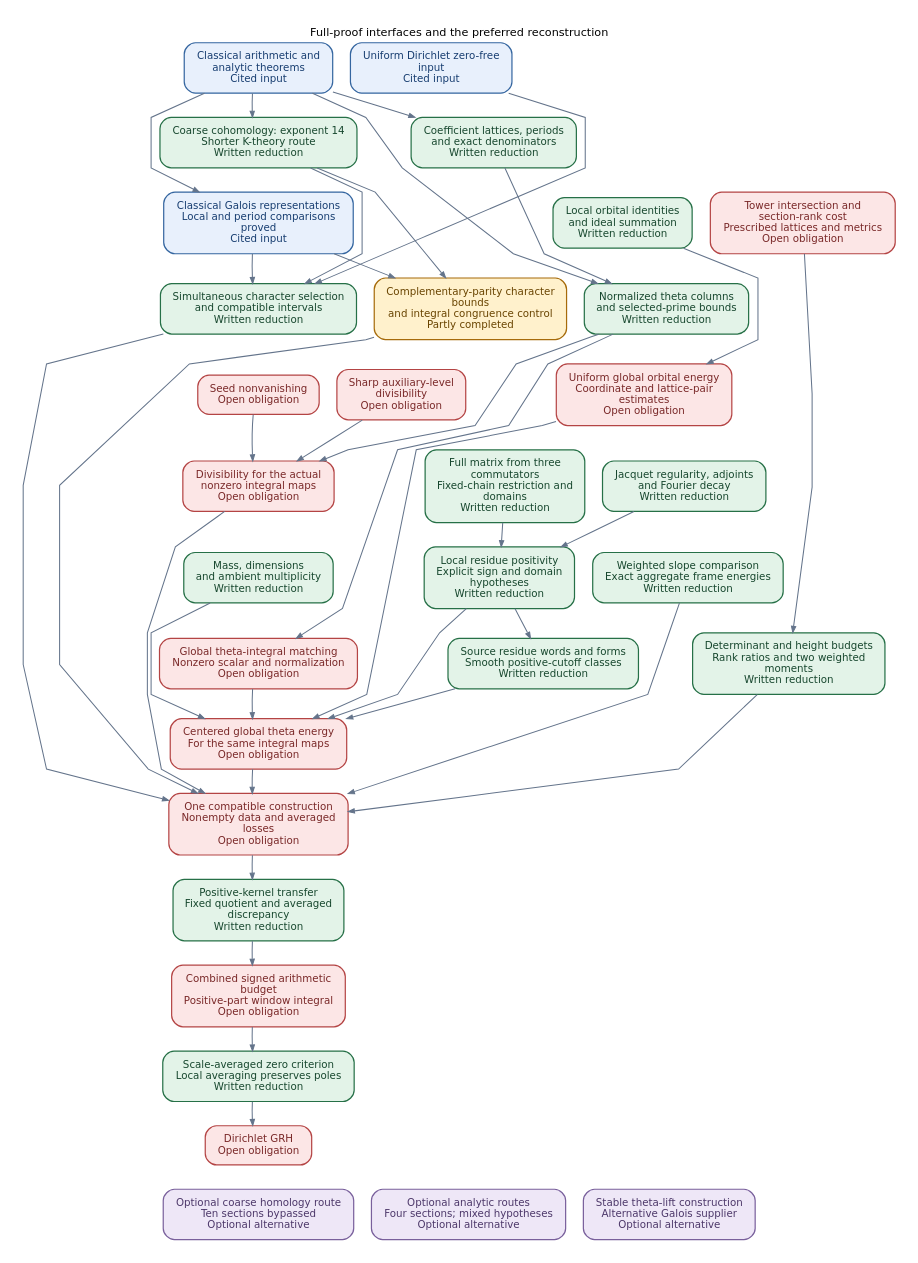
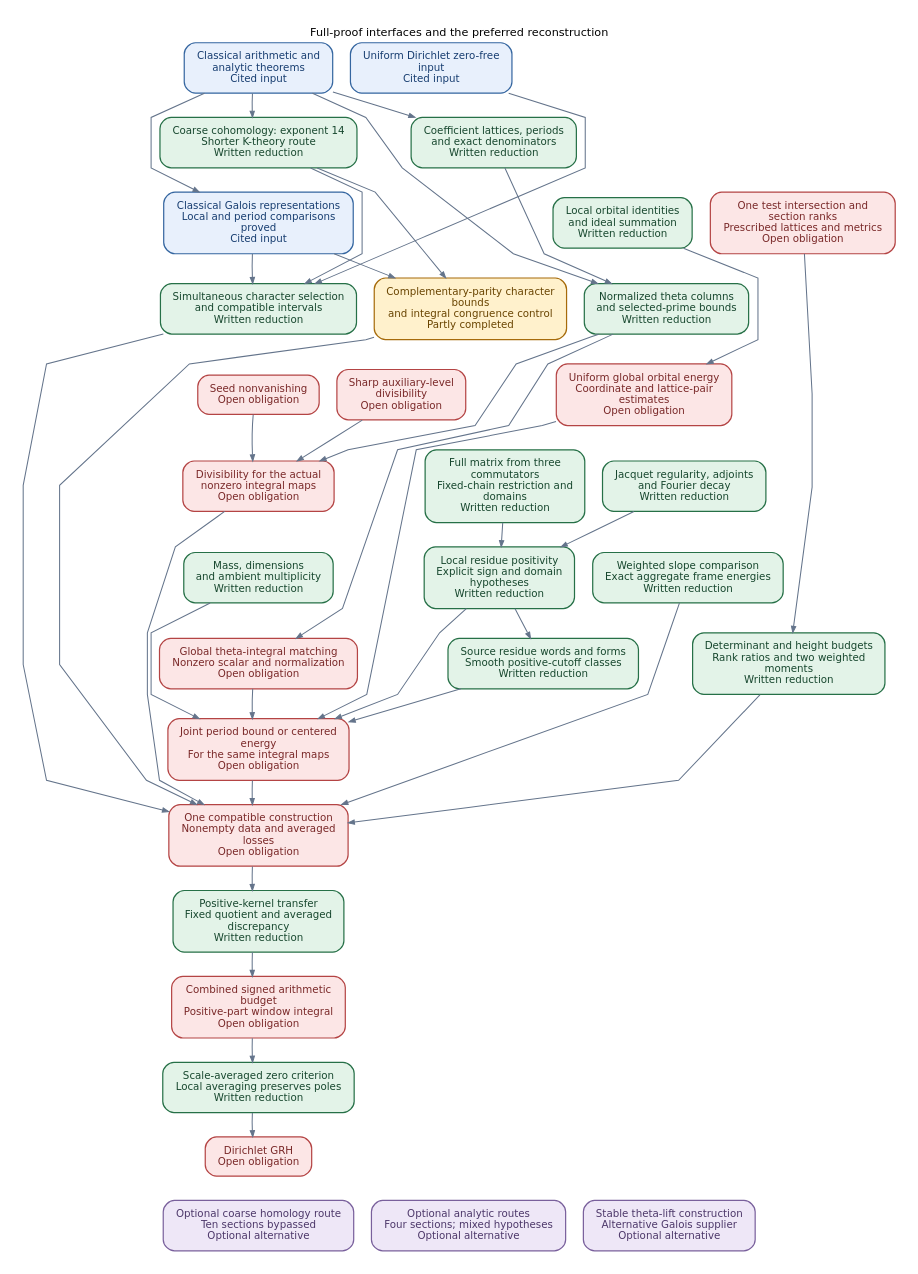
One commit to JoseBrox/GRH_distillation changed the diagram in blueprint/technical.dot. Above: the diagram before and after it, drawn with Graphviz. The commit also changed 73 other files, not shown here.

```diff
--- a/blueprint/technical.dot
+++ b/blueprint/technical.dot
@@ -1,119 +1,119 @@
 digraph proof {
 graph [rankdir=TB, bgcolor="white", pad="0.24", nodesep="0.30", ranksep="0.48",
   fontname="DejaVu Sans", fontsize=12, labelloc=t, label="Full-proof interfaces and the preferred reconstruction", splines=polyline];
 node [shape=box, style="rounded,filled", fontname="DejaVu Sans", fontsize=11,
   margin="0.18,0.12", penwidth=1.3];
 edge [color="#64748B", penwidth=1.1, arrowsize=0.65];
 graph [nodesep="0.26", ranksep="0.36"];
 "qrh" [label="Uniform Dirichlet zero-free\ninput\nCited input", fillcolor="#E8F0FC", color="#3566A0", fontcolor="#173D70"];
 "classical" [label="Classical arithmetic and\nanalytic theorems\nCited input", fillcolor="#E8F0FC", color="#3566A0", fontcolor="#173D70"];
 "selection" [label="Simultaneous character selection\nand compatible intervals\nWritten reduction", fillcolor="#E3F3E8", color="#267047", fontcolor="#17472E"];
 "coarse" [label="Coarse cohomology: exponent 14\nShorter K-theory route\nWritten reduction", fillcolor="#E3F3E8", color="#267047", fontcolor="#17472E"];
 "refined" [label="Complementary-parity character\nbounds\nand integral congruence control\nPartly completed", fillcolor="#FFF1CC", color="#A66B0B", fontcolor="#694400"];
 "coefficients" [label="Coefficient lattices, periods\nand exact denominators\nWritten reduction", fillcolor="#E3F3E8", color="#267047", fontcolor="#17472E"];
 "theta" [label="Normalized theta columns\nand selected-prime bounds\nWritten reduction", fillcolor="#E3F3E8", color="#267047", fontcolor="#17472E"];
 "seed" [label="Seed nonvanishing\nOpen obligation", fillcolor="#FCE6E6", color="#B44444", fontcolor="#792828"];
 "level" [label="Sharp auxiliary-level\ndivisibility\nOpen obligation", fillcolor="#FCE6E6", color="#B44444", fontcolor="#792828"];
 "divisibility" [label="Divisibility for the actual\nnonzero integral maps\nOpen obligation", fillcolor="#FCE6E6", color="#B44444", fontcolor="#792828"];
 "local_orbits" [label="Local orbital identities\nand ideal summation\nWritten reduction", fillcolor="#E3F3E8", color="#267047", fontcolor="#17472E"];
 "global_orbits" [label="Uniform global orbital energy\nCoordinate and lattice-pair\nestimates\nOpen obligation", fillcolor="#FCE6E6", color="#B44444", fontcolor="#792828"];
 "dimensions" [label="Mass, dimensions\nand ambient multiplicity\nWritten reduction", fillcolor="#E3F3E8", color="#267047", fontcolor="#17472E"];
 "matrix" [label="Full matrix from three\ncommutators\nFixed-chain restriction and\ndomains\nWritten reduction", fillcolor="#E3F3E8", color="#267047", fontcolor="#17472E"];
 "jacquet" [label="Jacquet regularity, adjoints\nand Fourier decay\nWritten reduction", fillcolor="#E3F3E8", color="#267047", fontcolor="#17472E"];
 "residue" [label="Local residue positivity\nExplicit sign and domain\nhypotheses\nWritten reduction", fillcolor="#E3F3E8", color="#267047", fontcolor="#17472E"];
-"norms" [label="Centered global theta energy\nFor the same integral maps\nOpen obligation", fillcolor="#FCE6E6", color="#B44444", fontcolor="#792828"];
+"norms" [label="Joint period bound or centered\nenergy\nFor the same integral maps\nOpen obligation", fillcolor="#FCE6E6", color="#B44444", fontcolor="#792828"];
 "slope" [label="Weighted slope comparison\nExact aggregate frame energies\nWritten reduction", fillcolor="#E3F3E8", color="#267047", fontcolor="#17472E"];
 "compatible" [label="One compatible construction\nNonempty data and averaged\nlosses\nOpen obligation", fillcolor="#FCE6E6", color="#B44444", fontcolor="#792828"];
 "bound" [label="Combined signed arithmetic\nbudget\nPositive-part window integral\nOpen obligation", fillcolor="#FCE6E6", color="#B44444", fontcolor="#792828"];
 "criterion" [label="Scale-averaged zero criterion\nLocal averaging preserves poles\nWritten reduction", fillcolor="#E3F3E8", color="#267047", fontcolor="#17472E"];
 "grh" [label="Dirichlet GRH\nOpen obligation", fillcolor="#FCE6E6", color="#B44444", fontcolor="#792828"];
 "alt_homology" [label="Optional coarse homology route\nTen sections bypassed\nOptional alternative", fillcolor="#EEE7F7", color="#79609C", fontcolor="#4C3769"];
 "alt_analytic" [label="Optional analytic routes\nFour sections; mixed hypotheses\nOptional alternative", fillcolor="#EEE7F7", color="#79609C", fontcolor="#4C3769"];
 "galois" [label="Classical Galois representations\nLocal and period comparisons\nproved\nCited input", fillcolor="#E8F0FC", color="#3566A0", fontcolor="#173D70"];
 "stable_lift" [label="Stable theta-lift construction\nAlternative Galois supplier\nOptional alternative", fillcolor="#EEE7F7", color="#79609C", fontcolor="#4C3769"];
 "theta_identity" [label="Global theta-integral matching\nNonzero scalar and normalization\nOpen obligation", fillcolor="#FCE6E6", color="#B44444", fontcolor="#792828"];
-"geometry" [label="Tower intersection and\nsection-rank cost\nPrescribed lattices and metrics\nOpen obligation", fillcolor="#FCE6E6", color="#B44444", fontcolor="#792828"];
+"geometry" [label="One test intersection and\nsection ranks\nPrescribed lattices and metrics\nOpen obligation", fillcolor="#FCE6E6", color="#B44444", fontcolor="#792828"];
 "source_dictionary" [label="Source residue words and forms\nSmooth positive-cutoff classes\nWritten reduction", fillcolor="#E3F3E8", color="#267047", fontcolor="#17472E"];
 "covolume_defect" [label="Determinant and height budgets\nRank ratios and two weighted\nmoments\nWritten reduction", fillcolor="#E3F3E8", color="#267047", fontcolor="#17472E"];
 "averaging" [label="Positive-kernel transfer\nFixed quotient and averaged\ndiscrepancy\nWritten reduction", fillcolor="#E3F3E8", color="#267047", fontcolor="#17472E"];
 "qrh" -> "selection";
 "classical" -> "coarse";
 "coarse" -> "selection";
 "coarse" -> "refined";
 "classical" -> "coefficients";
 "classical" -> "theta";
 "coefficients" -> "theta";
 "theta" -> "divisibility";
 "seed" -> "divisibility";
 "level" -> "divisibility";
 "local_orbits" -> "global_orbits";
 "global_orbits" -> "norms";
 "dimensions" -> "norms";
 "matrix" -> "residue";
 "jacquet" -> "residue";
 "residue" -> "norms";
 "selection" -> "compatible";
 "refined" -> "compatible";
 "divisibility" -> "compatible";
 "norms" -> "compatible";
 "slope" -> "compatible";
 "bound" -> "criterion";
 "criterion" -> "grh";
 "galois" -> "selection";
 "galois" -> "refined";
 "theta" -> "theta_identity";
 "theta_identity" -> "norms";
 "residue" -> "source_dictionary";
 "source_dictionary" -> "norms";
 "geometry" -> "covolume_defect";
 "covolume_defect" -> "compatible";
 "compatible" -> "averaging";
 "averaging" -> "bound";
 "classical" -> "galois";
 {rank=same; "classical"; "qrh";}
 {rank=same; "coarse"; "coefficients";}
 {rank=same; "galois"; "local_orbits"; "geometry";}
 {rank=same; "selection"; "refined"; "theta";}
 {rank=same; "seed"; "level"; "global_orbits";}
 {rank=same; "divisibility"; "matrix"; "jacquet";}
 {rank=same; "dimensions"; "residue"; "slope";}
 {rank=same; "theta_identity"; "source_dictionary"; "covolume_defect";}
 {rank=same; "norms";}
 {rank=same; "compatible";}
 {rank=same; "averaging";}
 {rank=same; "bound";}
 {rank=same; "criterion";}
 {rank=same; "grh";}
 {rank=same; "alt_homology"; "alt_analytic"; "stable_lift";}
 // Invisible edges below control layout only; they are not proof interfaces.
 "classical" -> "qrh" [style=invis, weight=50];
 "coarse" -> "coefficients" [style=invis, weight=50];
 "galois" -> "local_orbits" [style=invis, weight=50];
 "local_orbits" -> "geometry" [style=invis, weight=50];
 "selection" -> "refined" [style=invis, weight=50];
 "refined" -> "theta" [style=invis, weight=50];
 "seed" -> "level" [style=invis, weight=50];
 "level" -> "global_orbits" [style=invis, weight=50];
 "divisibility" -> "matrix" [style=invis, weight=50];
 "matrix" -> "jacquet" [style=invis, weight=50];
 "dimensions" -> "residue" [style=invis, weight=50];
 "residue" -> "slope" [style=invis, weight=50];
 "theta_identity" -> "source_dictionary" [style=invis, weight=50];
 "source_dictionary" -> "covolume_defect" [style=invis, weight=50];
 "alt_homology" -> "alt_analytic" [style=invis, weight=50];
 "alt_analytic" -> "stable_lift" [style=invis, weight=50];
 "classical" -> "coarse" [style=invis, weight=50];
 "coarse" -> "galois" [style=invis, weight=50];
 "galois" -> "selection" [style=invis, weight=50];
 "selection" -> "seed" [style=invis, weight=50];
 "seed" -> "divisibility" [style=invis, weight=50];
 "divisibility" -> "dimensions" [style=invis, weight=50];
 "dimensions" -> "theta_identity" [style=invis, weight=50];
 "theta_identity" -> "norms" [style=invis, weight=50];
 "norms" -> "compatible" [style=invis, weight=50];
 "compatible" -> "averaging" [style=invis, weight=50];
 "averaging" -> "bound" [style=invis, weight=50];
 "bound" -> "criterion" [style=invis, weight=50];
 "criterion" -> "grh" [style=invis, weight=50];
 "grh" -> "alt_homology" [style=invis, weight=50];
 }
```
